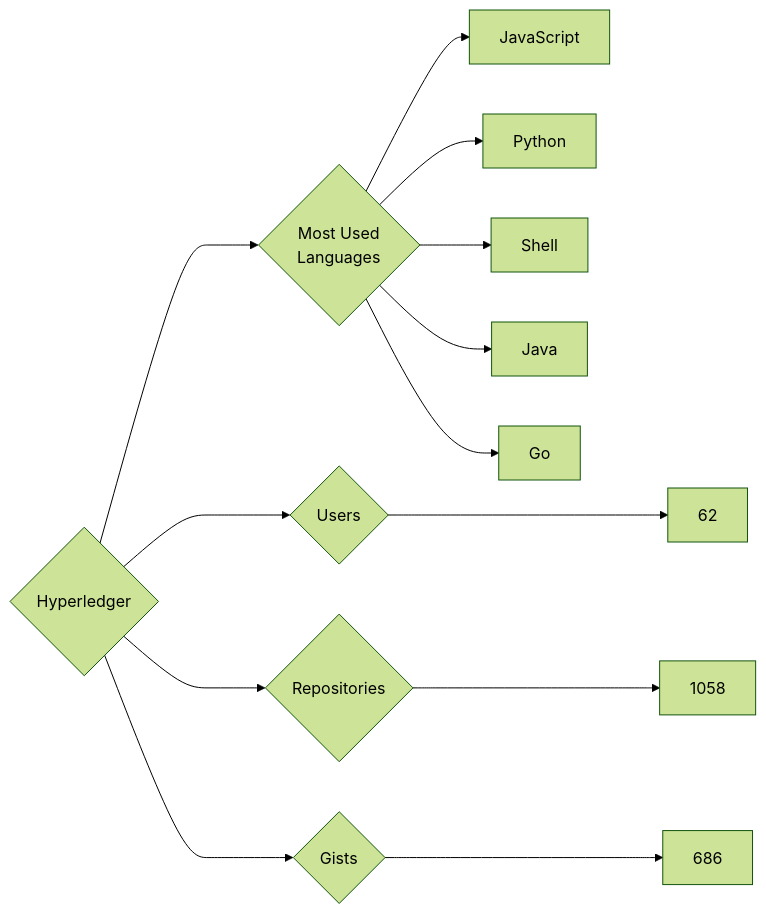
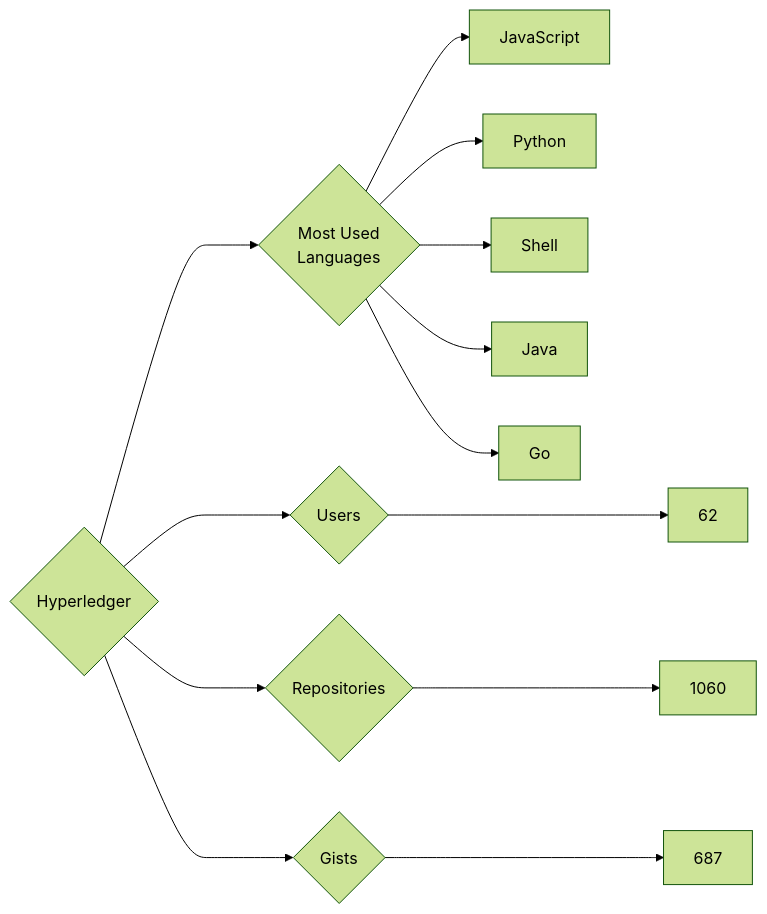
The diagram in targets/Hyperledger/README.md (trickest/insiders), drawn with Mermaid (forest theme) before and after one commit. The commit also changed 553 other files, not shown here.

````diff
--- a/targets/Hyperledger/README.md
+++ b/targets/Hyperledger/README.md
@@ -3,13 +3,13 @@
 ```mermaid
 graph LR
 COMPANY_NAME{Hyperledger}
 COMPANY_NAME ---> U{Users} ---> UN[62]
-COMPANY_NAME ---> R{Repositories} ---> RN[1058]
-COMPANY_NAME ---> G{Gists} ---> GN[686]
+COMPANY_NAME ---> R{Repositories} ---> RN[1060]
+COMPANY_NAME ---> G{Gists} ---> GN[687]
 COMPANY_NAME ---> ML{Most Used<br>Languages}
 ML --> JavaScript[JavaScript]
 ML --> Python[Python]
 ML --> Shell[Shell]
 ML --> Java[Java]
 ML --> Go[Go]
 ```
````
